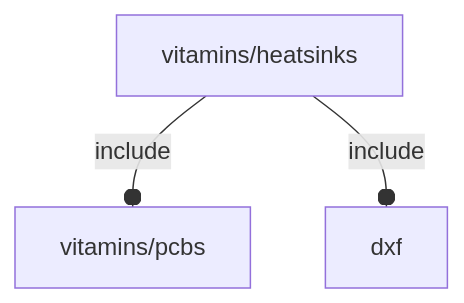
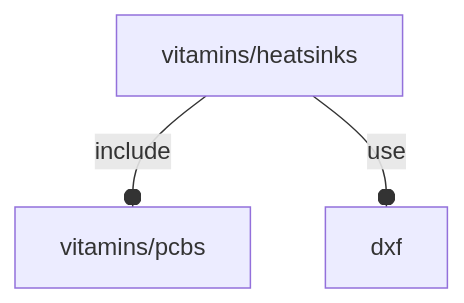
Before and after one commit to ggabbiani/OFL: the diagram in orthodocs/vitamins/heatsinks.md, drawn with Mermaid. The commit also changed 1 other file, not shown here.

````diff
--- a/orthodocs/vitamins/heatsinks.md
+++ b/orthodocs/vitamins/heatsinks.md
@@ -6,5 +6,5 @@
 ```mermaid
 graph TD
     A1[vitamins/heatsinks] --o|include| A2[vitamins/pcbs]
-    A1 --o|include| A3[dxf]
+    A1 --o|use| A3[dxf]
 ```
````
